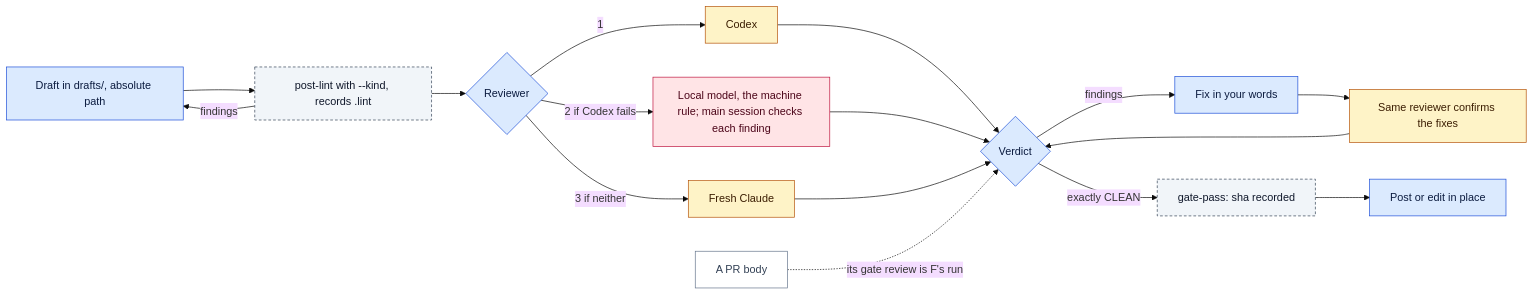
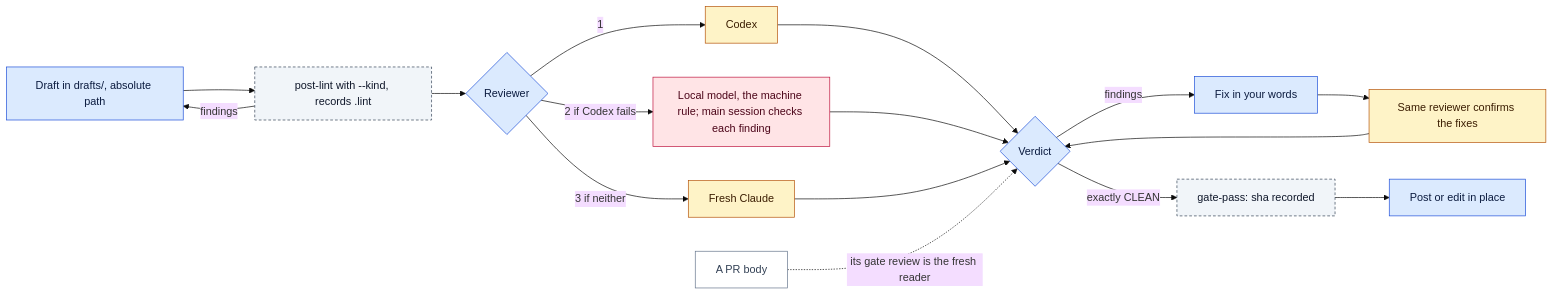
One commit to nitedani/mergeworthy changed the diagram in docs/graphs/6-gate.mmd. Above: the diagram before and after it, drawn with Mermaid (base theme). The commit also changed 20 other files, not shown here.

```diff
--- a/docs/graphs/6-gate.mmd
+++ b/docs/graphs/6-gate.mmd
@@ -1,20 +1,20 @@
 flowchart LR
   D[Draft in drafts/, absolute path]:::main --> L[post-lint with --kind, records .lint]:::gate
   L -->|findings| D
   L --> R{Reviewer}:::main
   R -->|1| CX[Codex]:::fresh
   R -->|2 if Codex fails| LM[Local model, the machine rule; main session checks each finding]:::local
   R -->|3 if neither| CL[Fresh Claude]:::fresh
   CX --> V{Verdict}:::main
   LM --> V
   CL --> V
   V -->|findings| FX[Fix in your words]:::main --> SAME[Same reviewer confirms the fixes]:::fresh --> V
   V -->|exactly CLEAN| GP[gate-pass: sha recorded]:::gate --> POST[Post or edit in place]:::main
-  PRB[A PR body]:::ext -.->|its gate review is F's run| V
+  PRB[A PR body]:::ext -.->|its gate review is the fresh reader| V
   classDef main fill:#dbeafe,stroke:#1d4ed8,color:#0b1b3f
   classDef reader fill:#dcfce7,stroke:#15803d,color:#052e16
   classDef fresh fill:#fef3c7,stroke:#b45309,color:#3b1d02
   classDef diverge fill:#f3e8ff,stroke:#7e22ce,color:#2e1065
   classDef local fill:#ffe4e6,stroke:#be123c,color:#4c0519
   classDef gate fill:#f1f5f9,stroke:#334155,color:#0f172a,stroke-dasharray:4 3
   classDef ext fill:#ffffff,stroke:#64748b,color:#334155
```
